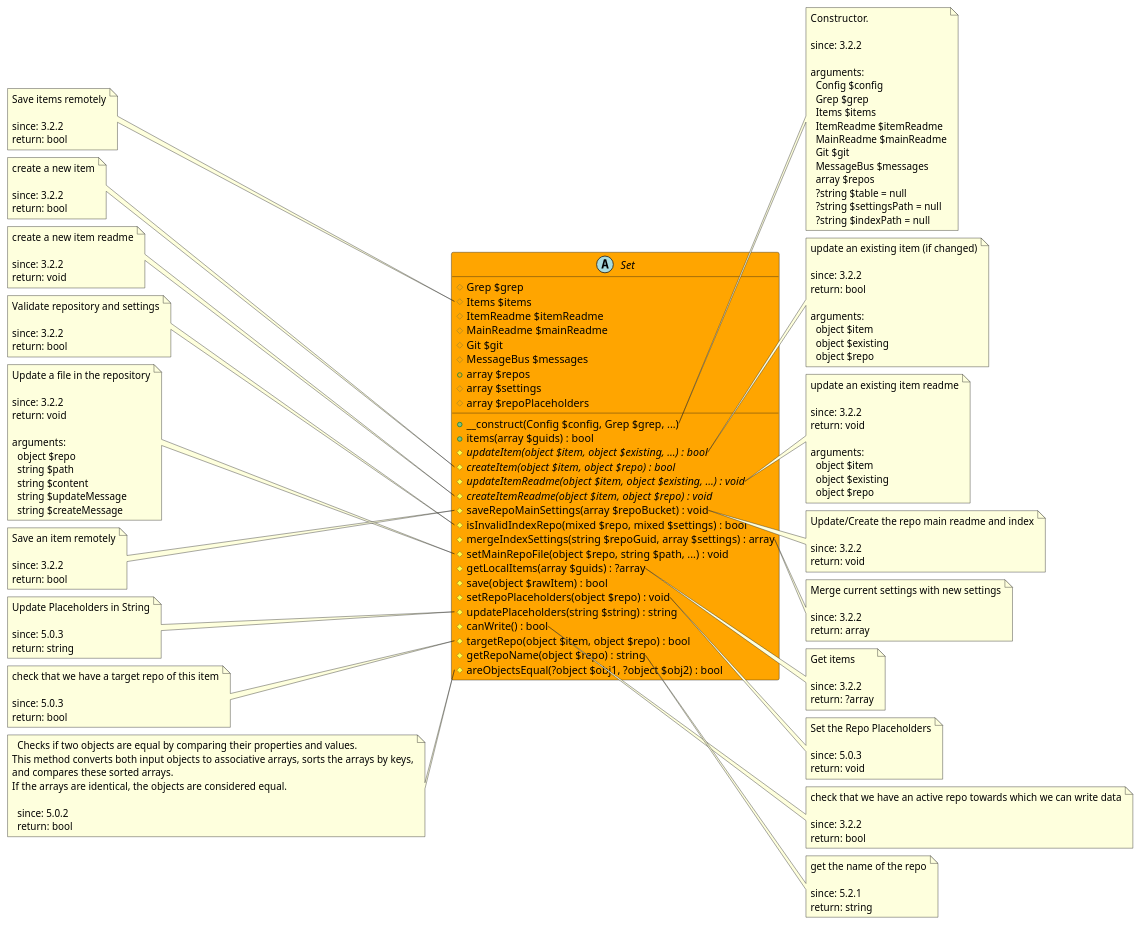
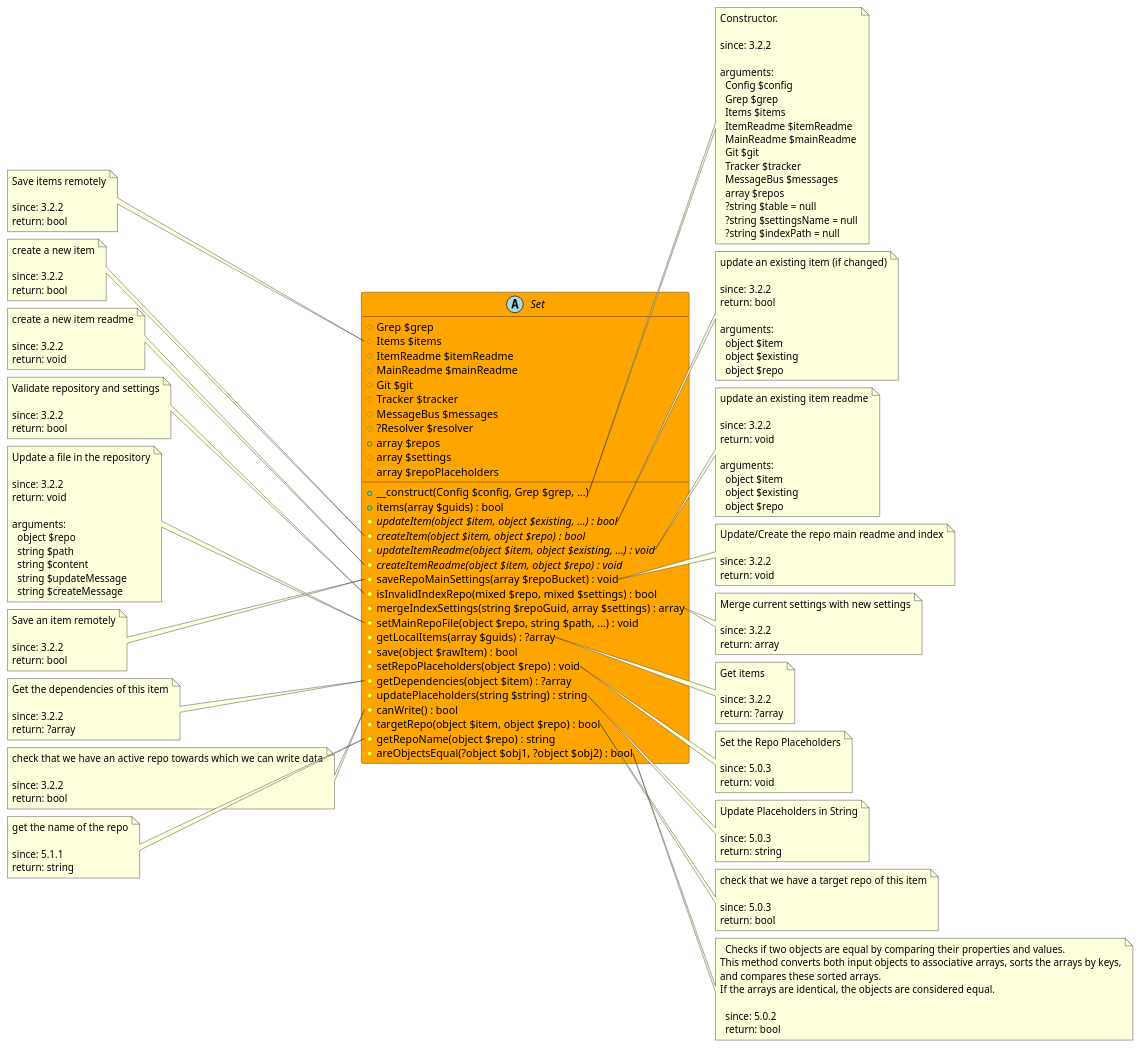
Before and after one commit to joomengine/super-powers: the diagram in src/eb7d69c2-4ee9-4bd0-aacc-ab51a12be895/README.md, drawn with PlantUML. The commit also changed other lines of this file and 238 other files, not shown here.

````diff
--- a/src/eb7d69c2-4ee9-4bd0-aacc-ab51a12be895/README.md
+++ b/src/eb7d69c2-4ee9-4bd0-aacc-ab51a12be895/README.md
@@ -13,12 +6,15 @@
 ```uml
 @startuml
+
 abstract Set  #Orange {
   # Grep $grep
   # Items $items
   # ItemReadme $itemReadme
   # MainReadme $mainReadme
   # Git $git
+  # Tracker $tracker
   # MessageBus $messages
+  # ?Resolver $resolver
   + array $repos
   # array $settings
   # array $repoPlaceholders
@@ -35,6 +31,7 @@
   # getLocalItems(array $guids) : ?array
   # save(object $rawItem) : bool
   # setRepoPlaceholders(object $repo) : void
+  # getDependencies(object $item) : ?array
   # updatePlaceholders(string $string) : string
   # canWrite() : bool
   # targetRepo(object $item, object $repo) : bool
@@ -54,10 +51,11 @@
     ItemReadme $itemReadme
     MainReadme $mainReadme
     Git $git
+    Tracker $tracker
     MessageBus $messages
     array $repos
     ?string $table = null
-    ?string $settingsPath = null
+    ?string $settingsName = null
     ?string $indexPath = null
 end note
 
@@ -162,35 +160,42 @@
   return: void
 end note
 
-note left of Set::updatePlaceholders
+note left of Set::getDependencies
+  Get the dependencies of this item
+
+  since: 3.2.2
+  return: ?array
+end note
+
+note right of Set::updatePlaceholders
   Update Placeholders in String
 
   since: 5.0.3
   return: string
 end note
 
-note right of Set::canWrite
+note left of Set::canWrite
   check that we have an active repo towards which we can write data
 
   since: 3.2.2
   return: bool
 end note
 
-note left of Set::targetRepo
+note right of Set::targetRepo
   check that we have a target repo of this item
 
   since: 5.0.3
   return: bool
 end note
 
-note right of Set::getRepoName
+note left of Set::getRepoName
   get the name of the repo
 
-  since: 5.2.1
+  since: 5.1.1
   return: string
 end note
 
-note left of Set::areObjectsEqual
+note right of Set::areObjectsEqual
   Checks if two objects are equal by comparing their properties and values.
 This method converts both input objects to associative arrays, sorts the arrays by keys,
 and compares these sorted arrays.
@@ -199,6 +204,6 @@
   since: 5.0.2
   return: bool
 end note
- 
+
 @enduml
 ```
````
